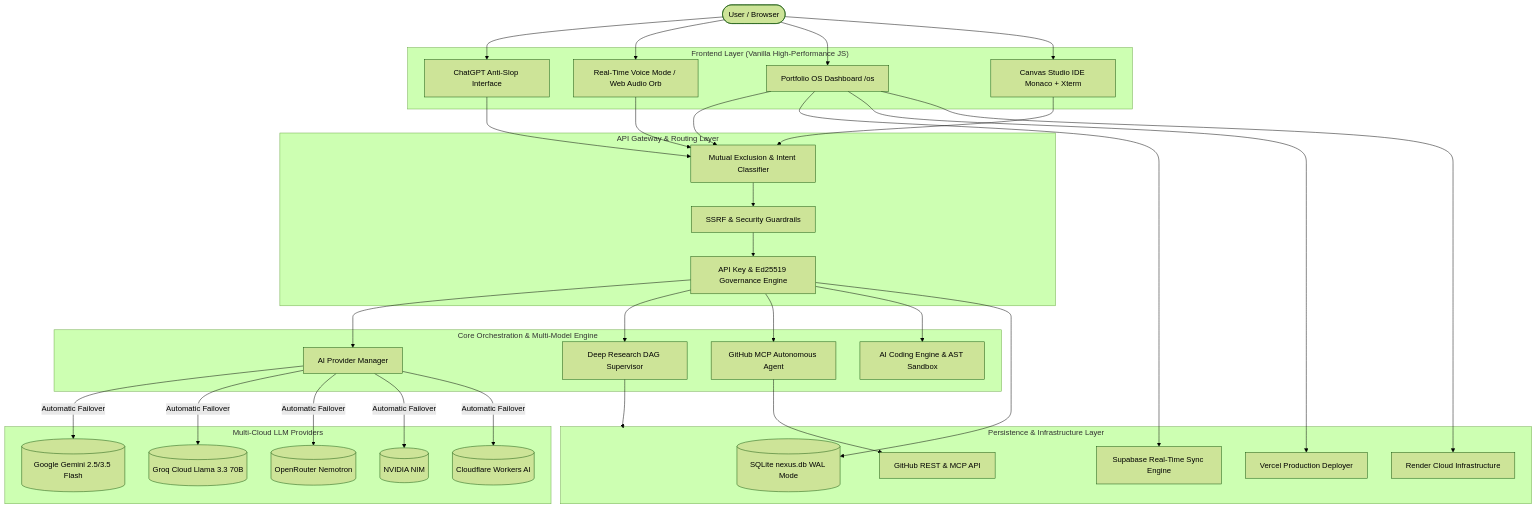
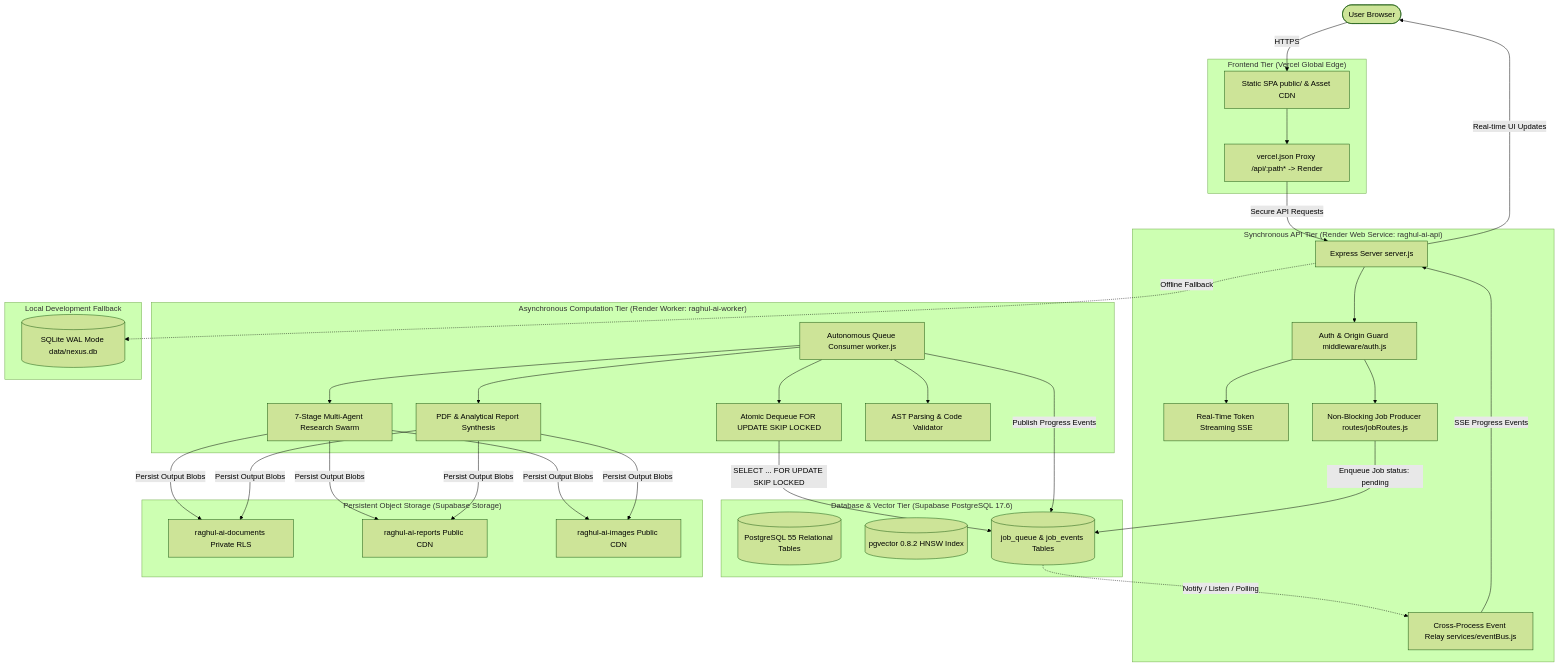
Before and after one commit to raghul692/Raghul-AI-Assistant: the diagram in README.md, drawn with Mermaid (forest theme). The commit also changed other lines of this file and 61 other files, not shown here.

First line of the commit message:
feat(architecture): complete production transformation (Vercel + Render Web + Supabase Postgres/pgvector + Render Worker + Storage)

````diff
--- a/README.md
+++ b/README.md
@@ -85,51 +57,61 @@
 ```mermaid
 flowchart TD
-    User([User / Browser])
+    User([User Browser])
     
-    subgraph Frontend["Frontend Layer (Vanilla High-Performance JS)"]
-        UI[ChatGPT Anti-Slop Interface]
-        Voice[Real-Time Voice Mode / Web Audio Orb]
-        OS[Portfolio OS Dashboard /os]
-        IDE[Canvas Studio IDE Monaco + Xterm]
+    subgraph Frontend["Frontend Tier (Vercel Global Edge)"]
+        VercelUI[Static SPA public/ & Asset CDN]
+        Rewrite[vercel.json Proxy /api/:path* -> Render]
     end
 
-    subgraph Gateway["API Gateway & Routing Layer"]
-        Router[Mutual Exclusion & Intent Classifier]
-        SSRF[SSRF & Security Guardrails]
-        Auth[API Key & Ed25519 Governance Engine]
+    subgraph BackendAPI["Synchronous API Tier (Render Web Service: raghul-ai-api)"]
+        ExpressApp[Express Server server.js]
+        AuthGate[Auth & Origin Guard middleware/auth.js]
+        SSEStream[Real-Time Token Streaming SSE]
+        JobsRouter[Non-Blocking Job Producer routes/jobRoutes.js]
+        EventBusRelay[Cross-Process Event Relay services/eventBus.js]
     end
 
-    subgraph Orchestrator["Core Orchestration & Multi-Model Engine"]
-        PM[AI Provider Manager]
-        DRO[Deep Research DAG Supervisor]
-        GHA[GitHub MCP Autonomous Agent]
-        AST[AI Coding Engine & AST Sandbox]
+    subgraph BackgroundTier["Asynchronous Computation Tier (Render Worker: raghul-ai-worker)"]
+        WorkerDaemon[Autonomous Queue Consumer worker.js]
+        QueueLock[Atomic Dequeue FOR UPDATE SKIP LOCKED]
+        ResearchAgent[7-Stage Multi-Agent Research Swarm]
+        DocGen[PDF & Analytical Report Synthesis]
+        CodeSandbox[AST Parsing & Code Validator]
     end
 
-    subgraph Providers["Multi-Cloud LLM Providers"]
-        P1[(Google Gemini 2.5/3.5 Flash)]
-        P2[(Groq Cloud Llama 3.3 70B)]
-        P3[(OpenRouter Nemotron)]
-        P4[(NVIDIA NIM)]
-        P5[(Cloudflare Workers AI)]
+    subgraph CloudDataTier["Database & Vector Tier (Supabase PostgreSQL 17.6)"]
+        PG[(PostgreSQL 55 Relational Tables)]
+        PGVector[(pgvector 0.8.2 HNSW Index)]
+        JobQueueTable[(job_queue & job_events Tables)]
     end
 
-    subgraph Storage["Persistence & Infrastructure Layer"]
-        SQLite[(SQLite nexus.db WAL Mode)]
-        SupaSync[Supabase Real-Time Sync Engine]
-        Vercel[Vercel Production Deployer]
-        Render[Render Cloud Infrastructure]
-        GitHubAPI[GitHub REST & MCP API]
+    subgraph CloudStorageTier["Persistent Object Storage (Supabase Storage)"]
+        BucketDocs[raghul-ai-documents Private RLS]
+        BucketReports[raghul-ai-reports Public CDN]
+        BucketImages[raghul-ai-images Public CDN]
     end
 
-    User --> UI & Voice & OS & IDE
-    UI & Voice & OS & IDE --> Router
-    Router --> SSRF --> Auth
-    Auth --> PM & DRO & GHA & AST
+    subgraph FallbackTier["Local Development Fallback"]
+        SQLiteDB[(SQLite WAL Mode data/nexus.db)]
+    end
 
-    PM -->|Automatic Failover| P1 & P2 & P3 & P4 & P5
-    DRO --> Storage
-    GHA --> GitHubAPI
-    OS --> SupaSync & Vercel & Render
-    Auth --> SQLite
+    User -->|HTTPS| VercelUI
+    VercelUI --> Rewrite
+    Rewrite -->|Secure API Requests| ExpressApp
+    ExpressApp --> AuthGate
+    AuthGate --> SSEStream & JobsRouter
+    
+    JobsRouter -->|Enqueue Job status: pending| JobQueueTable
+    WorkerDaemon --> QueueLock
+    QueueLock -->|SELECT ... FOR UPDATE SKIP LOCKED| JobQueueTable
+    
+    WorkerDaemon --> ResearchAgent & DocGen & CodeSandbox
+    ResearchAgent & DocGen -->|Persist Output Blobs| BucketDocs & BucketReports & BucketImages
+    WorkerDaemon -->|Publish Progress Events| JobQueueTable
+    
+    JobQueueTable -.->|Notify / Listen / Polling| EventBusRelay
+    EventBusRelay -->|SSE Progress Events| ExpressApp
+    ExpressApp -->|Real-time UI Updates| User
+    
+    ExpressApp -.->|Offline Fallback| SQLiteDB
 ```
````
